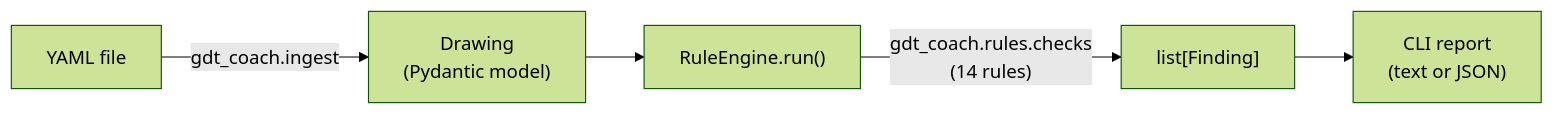
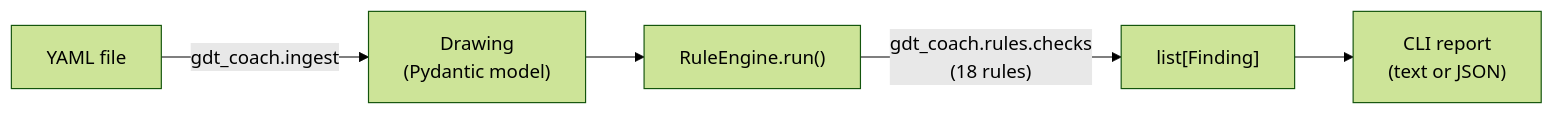
The diagram in README.md (mustafabaylamak/gdt-coach), drawn with Mermaid (forest theme) before and after one commit. The commit also changed other lines of this file and 15 other files, not shown here.

Commit message:
feat(rules): add dimension-aware validation checks

````diff
--- a/README.md
+++ b/README.md
@@ -43,7 +43,7 @@
 ```mermaid
 flowchart LR
     A["YAML file"] -->|gdt_coach.ingest| B["Drawing\n(Pydantic model)"]
     B --> C["RuleEngine.run()"]
-    C -->|"gdt_coach.rules.checks\n(14 rules)"| D["list[Finding]"]
+    C -->|"gdt_coach.rules.checks\n(18 rules)"| D["list[Finding]"]
     D --> E["CLI report\n(text or JSON)"]
 ```
````
